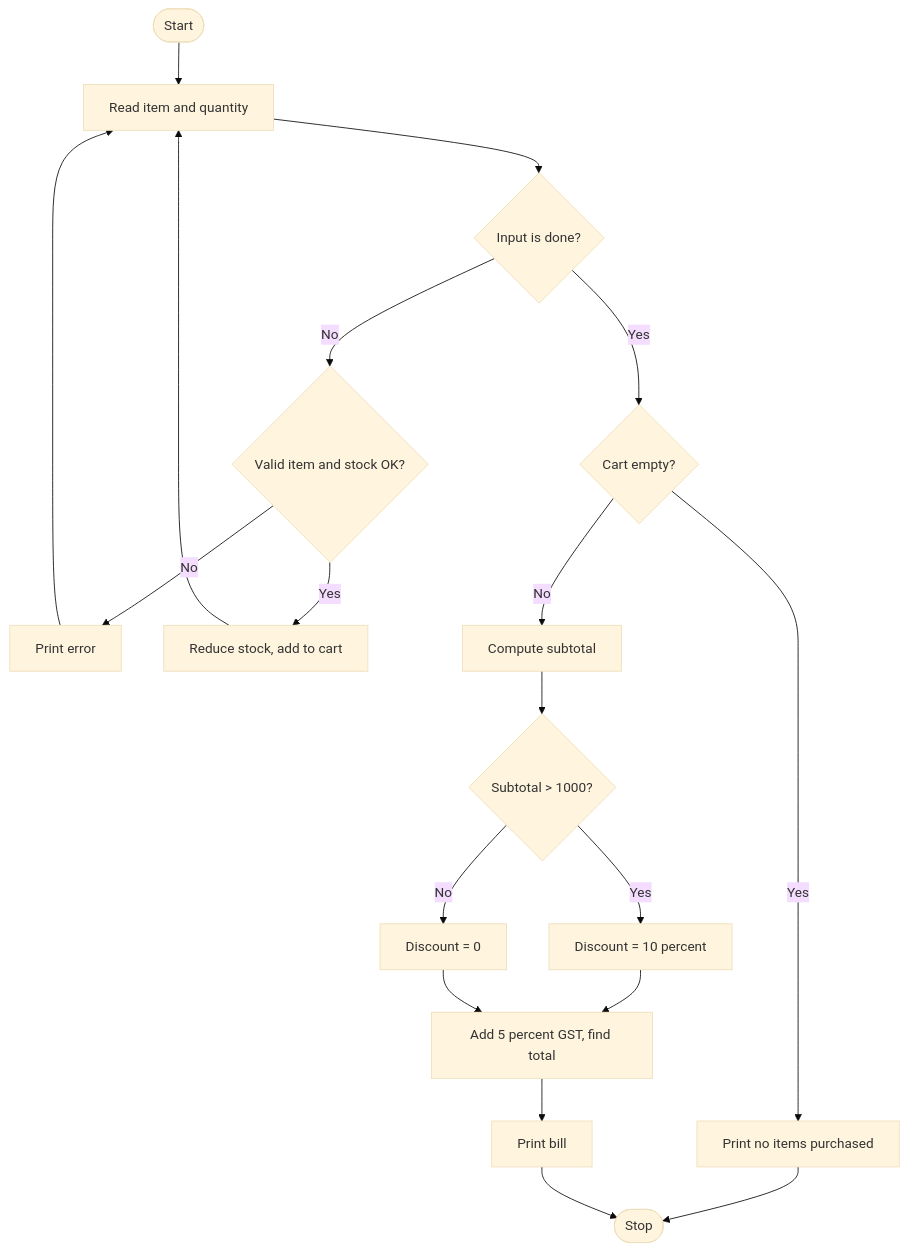
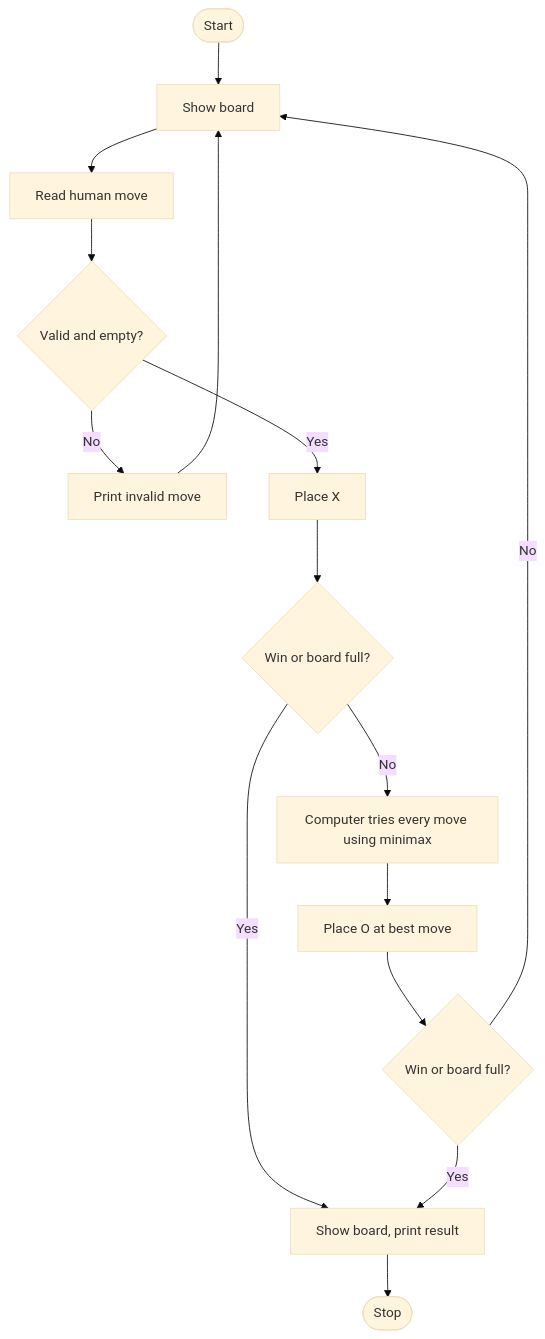
The diagram in README.md (thevisionn/2026_27_cse4-264_python_programming), drawn with Mermaid (base theme) before and after one commit. The commit also changed other lines of this file, not shown here.

````diff
--- a/README.md
+++ b/README.md
@@ -59,21 +57,17 @@
 ```mermaid
 flowchart TD
-A(["Start"]) --> B["Read item and quantity"]
-B --> C{"Input is done?"}
-C -->|No| D{"Valid item and stock OK?"}
-D -->|No| E["Print error"]
+A(["Start"]) --> B["Show board"]
+B --> C["Read human move"]
+C --> D{"Valid and empty?"}
+D -->|No| E["Print invalid move"]
 E --> B
-D -->|Yes| F["Reduce stock, add to cart"]
-F --> B
-C -->|Yes| G{"Cart empty?"}
-G -->|Yes| H["Print no items purchased"]
-G -->|No| I["Compute subtotal"]
-I --> J{"Subtotal > 1000?"}
-J -->|Yes| K["Discount = 10 percent"]
-J -->|No| L["Discount = 0"]
-K --> M["Add 5 percent GST, find total"]
-L --> M
-M --> N["Print bill"]
-H --> O(["Stop"])
-N --> O
+D -->|Yes| F["Place X"]
+F --> G{"Win or board full?"}
+G -->|Yes| L["Show board, print result"]
+G -->|No| H["Computer tries every move using minimax"]
+H --> I["Place O at best move"]
+I --> J{"Win or board full?"}
+J -->|Yes| L
+J -->|No| B
+L --> M(["Stop"])
 ```
````
